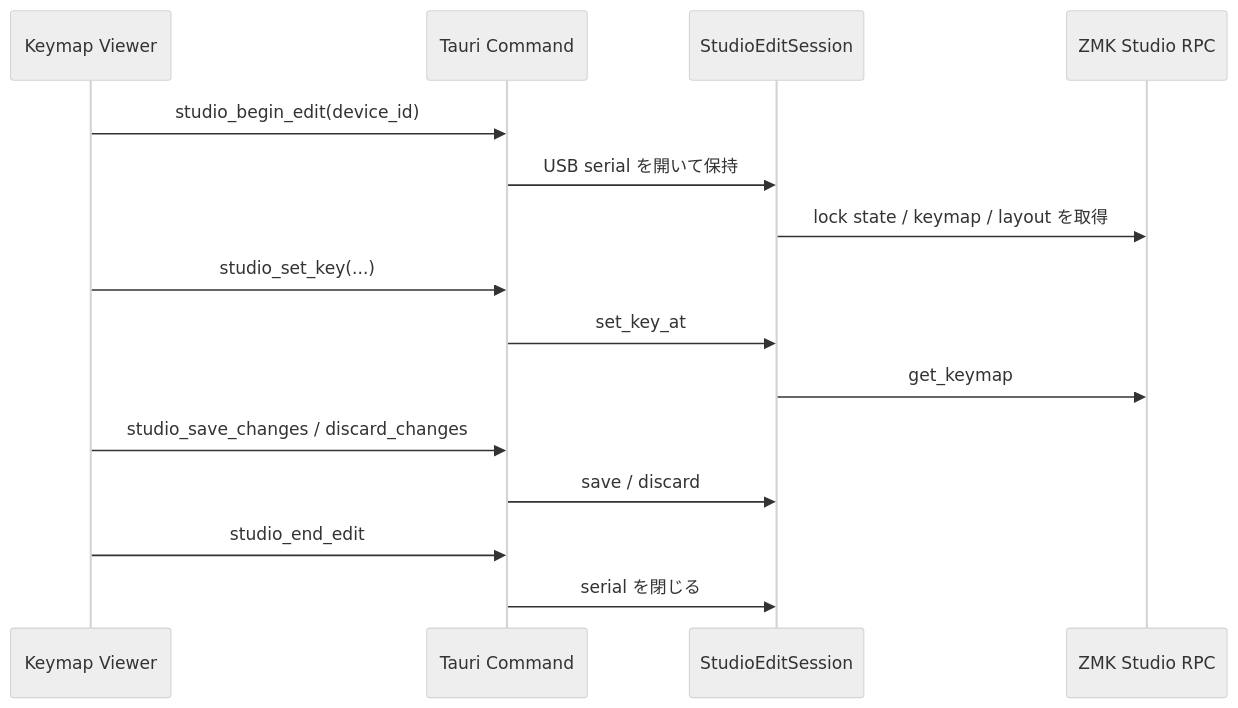
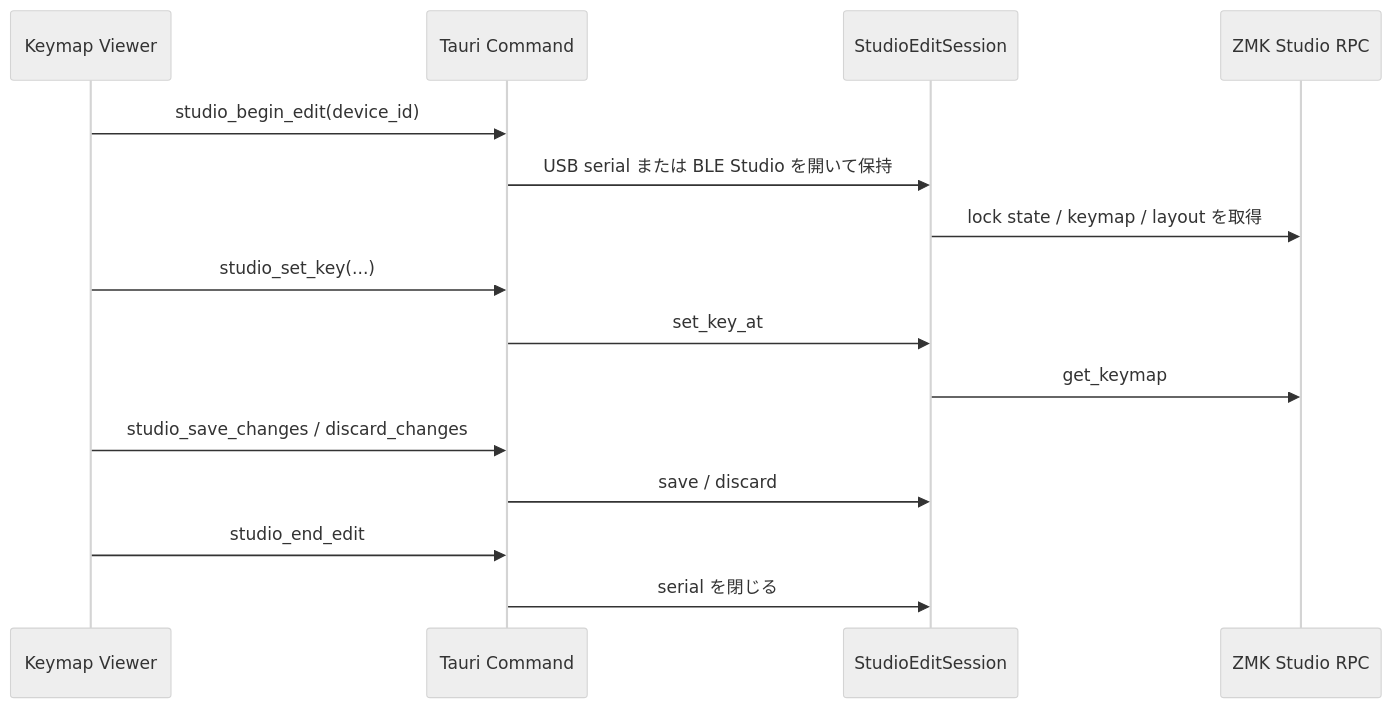
One commit to hrmt-lab/Keylink-Studio changed the fourth of 4 diagrams in docs/technology-overview.md. Above: the diagram before and after it, drawn with Mermaid (neutral theme). The commit also changed other lines of this file and 15 other files, not shown here.

Commit message:
Add BLE Studio editing support

````diff
--- a/docs/technology-overview.md
+++ b/docs/technology-overview.md
@@ -244,17 +244,17 @@
 ```mermaid
 sequenceDiagram
     participant UI as Keymap Viewer
     participant T as Tauri Command
     participant S as StudioEditSession
     participant Z as ZMK Studio RPC
     UI->>T: studio_begin_edit(device_id)
-    T->>S: USB serial を開いて保持
+    T->>S: USB serial または BLE Studio を開いて保持
     S->>Z: lock state / keymap / layout を取得
     UI->>T: studio_set_key(...)
     T->>S: set_key_at
     S->>Z: get_keymap
     UI->>T: studio_save_changes / discard_changes
     T->>S: save / discard
     UI->>T: studio_end_edit
     T->>S: serial を閉じる
 ```
````
